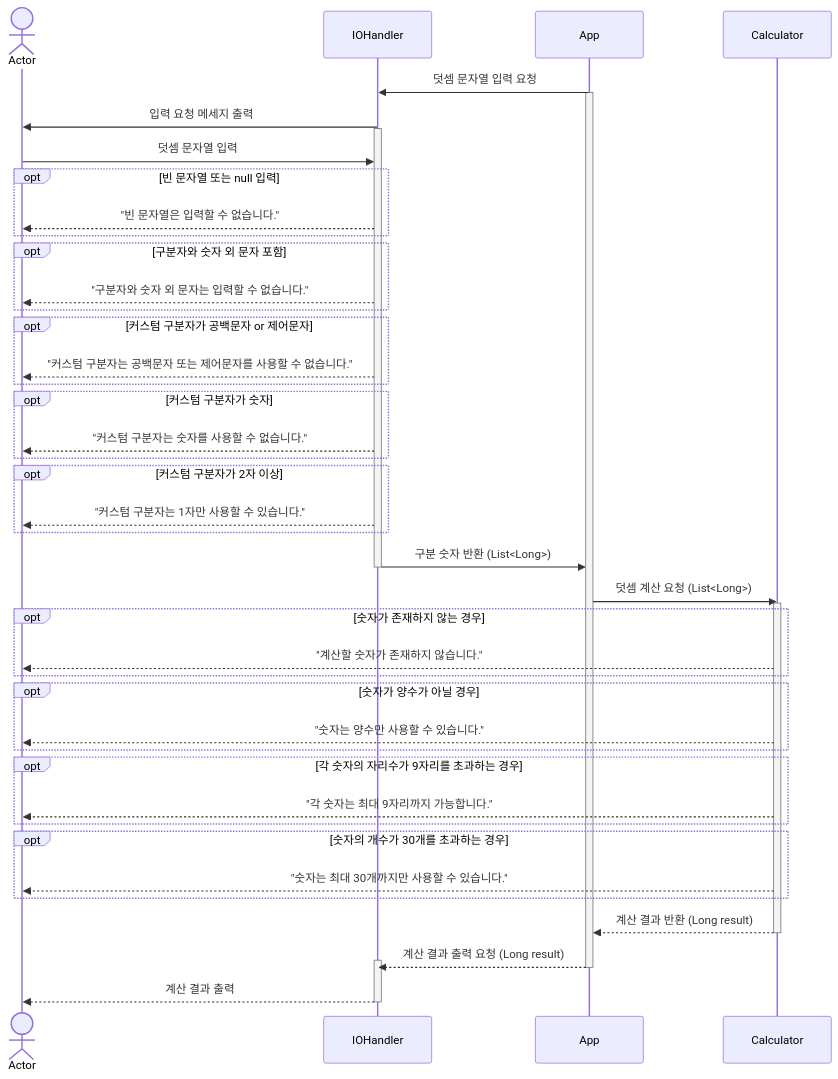
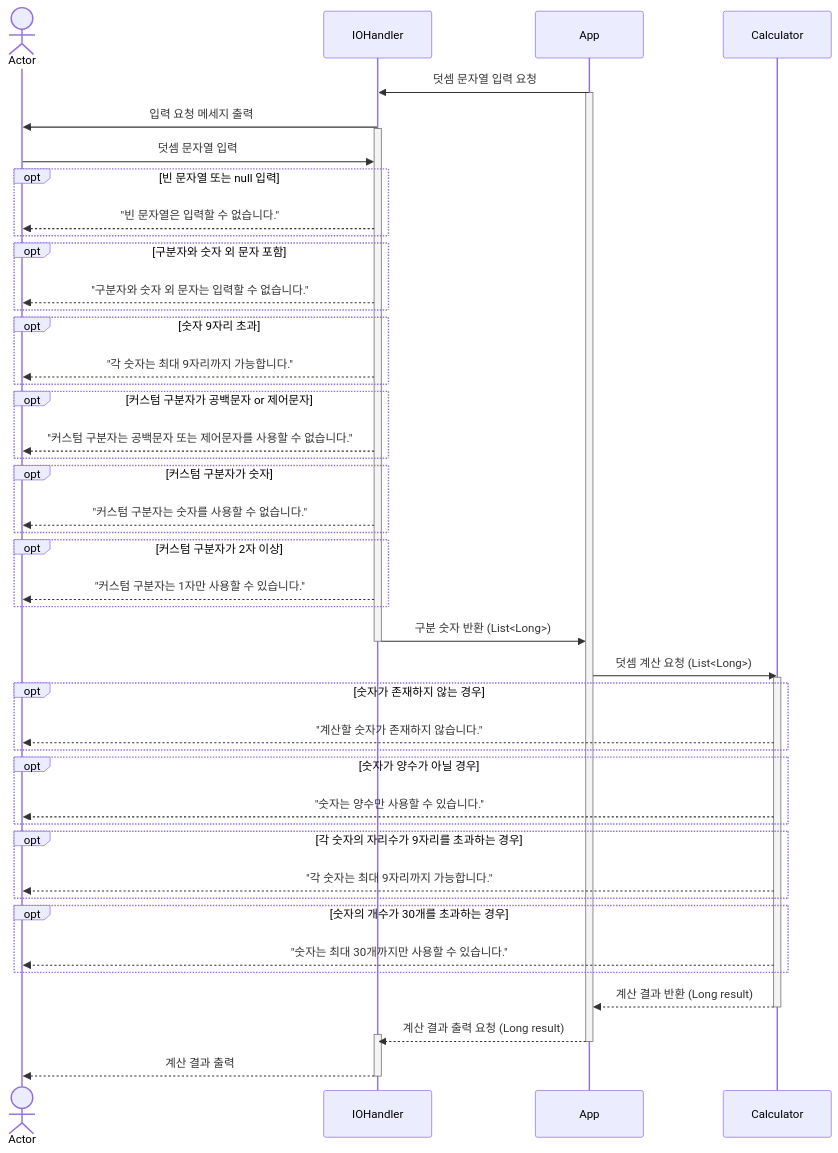
One commit to hgh1472/java-calculator-8 changed the first of 2 diagrams in README.md. Above: the diagram before and after it, drawn with Mermaid. The commit also changed 2 other files, not shown here.

Commit message:
feat: 구분자를 통한 숫자 구분 기능 추가

````diff
--- a/README.md
+++ b/README.md
@@ -113,50 +113,53 @@
 ```mermaid
 sequenceDiagram
     actor A as Actor
     participant IO as IOHandler
     participant app as App
     participant C as Calculator
     app ->> IO: 덧셈 문자열 입력 요청
     activate app
     IO ->> A: 입력 요청 메세지 출력
     activate IO
     A ->> IO: 덧셈 문자열 입력
     opt 빈 문자열 또는 null 입력
         IO -->> A: "빈 문자열은 입력할 수 없습니다."
     end
     opt 구분자와 숫자 외 문자 포함
         IO -->> A: "구분자와 숫자 외 문자는 입력할 수 없습니다."
+    end
+    opt 숫자 9자리 초과
+        IO -->> A: "각 숫자는 최대 9자리까지 가능합니다."
     end
     opt 커스텀 구분자가 공백문자 or 제어문자
         IO -->> A: "커스텀 구분자는 공백문자 또는 제어문자를 사용할 수 없습니다."
     end
     opt 커스텀 구분자가 숫자
         IO -->> A: "커스텀 구분자는 숫자를 사용할 수 없습니다."
     end
     opt 커스텀 구분자가 2자 이상
         IO -->> A: "커스텀 구분자는 1자만 사용할 수 있습니다."
     end
     IO ->> app: 구분 숫자 반환 (List<Long>)
     deactivate IO
     app ->> C: 덧셈 계산 요청 (List<Long>)
     activate C
     opt 숫자가 존재하지 않는 경우
         C -->> A: "계산할 숫자가 존재하지 않습니다."
     end
     opt 숫자가 양수가 아닐 경우
         C -->> A: "숫자는 양수만 사용할 수 있습니다."
     end
     opt 각 숫자의 자리수가 9자리를 초과하는 경우
         C -->> A: "각 숫자는 최대 9자리까지 가능합니다."
     end
     opt 숫자의 개수가 30개를 초과하는 경우
         C -->> A: "숫자는 최대 30개까지만 사용할 수 있습니다."
     end
     C -->> app: 계산 결과 반환 (Long result)
     deactivate C
     app -->> IO: 계산 결과 출력 요청 (Long result)
     activate IO
     deactivate app
     IO -->> A: 계산 결과 출력
     deactivate IO
 ```
````
